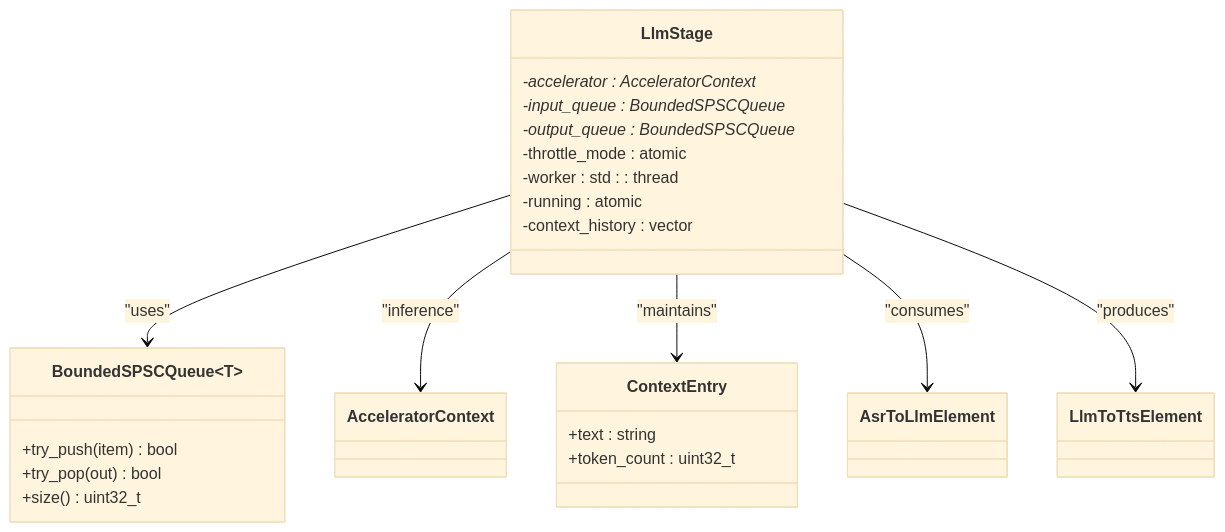
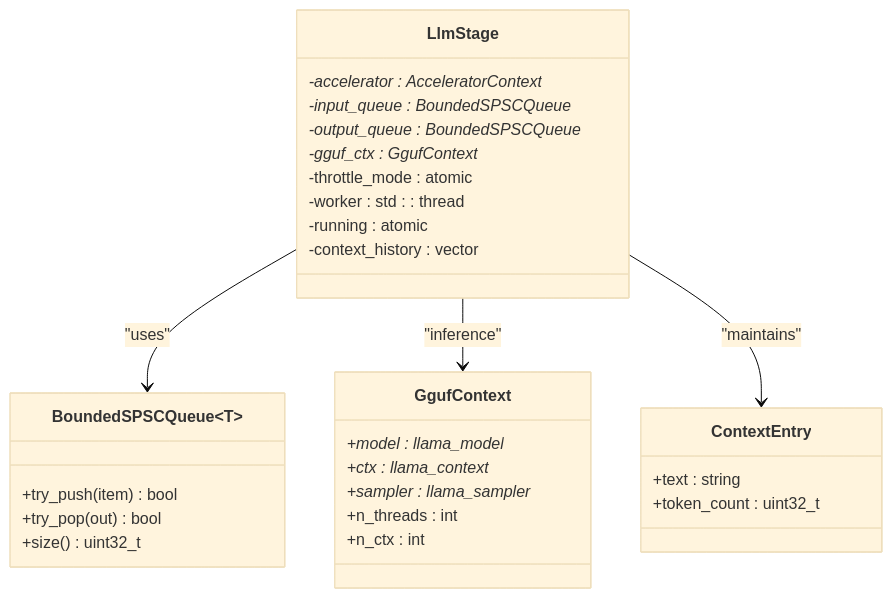
One commit to iMyth/QwenEcho changed the third of 10 diagrams in .qoder/repowiki/en/content/AI Model Processing Stages/LLM Stage - Language Translation.md. Above: the diagram before and after it, drawn with Mermaid (base theme). The commit also changed other lines of this file and 129 other files, not shown here.

````diff
--- a/.qoder/repowiki/en/content/AI Model Processing Stages/LLM Stage - Language Translation.md
+++ b/.qoder/repowiki/en/content/AI Model Processing Stages/LLM Stage - Language Translation.md
@@ -135,29 +148,32 @@
 ```mermaid
 classDiagram
 class LlmStage {
 -accelerator : AcceleratorContext*
 -input_queue : BoundedSPSCQueue<AsrToLlmElement>*
 -output_queue : BoundedSPSCQueue<LlmToTtsElement>*
+-gguf_ctx : GgufContext*
 -throttle_mode : atomic<int>
 -worker : std : : thread
 -running : atomic<bool>
 -context_history : vector<ContextEntry>
 }
 class ContextEntry {
 +text : string
 +token_count : uint32_t
 }
+class GgufContext {
++model : llama_model*
++ctx : llama_context*
++sampler : llama_sampler*
++n_threads : int
++n_ctx : int
+}
 class BoundedSPSCQueue~T~ {
 +try_push(item) bool
 +try_pop(out) bool
 +size() uint32_t
 }
-class AcceleratorContext
-class AsrToLlmElement
-class LlmToTtsElement
 LlmStage --> BoundedSPSCQueue : "uses"
-LlmStage --> AcceleratorContext : "inference"
+LlmStage --> GgufContext : "inference"
 LlmStage --> ContextEntry : "maintains"
-LlmStage --> AsrToLlmElement : "consumes"
-LlmStage --> LlmToTtsElement : "produces"
 ```
````
